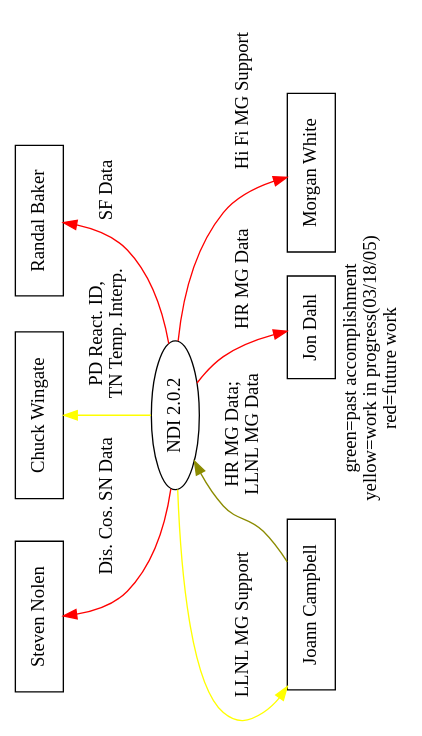
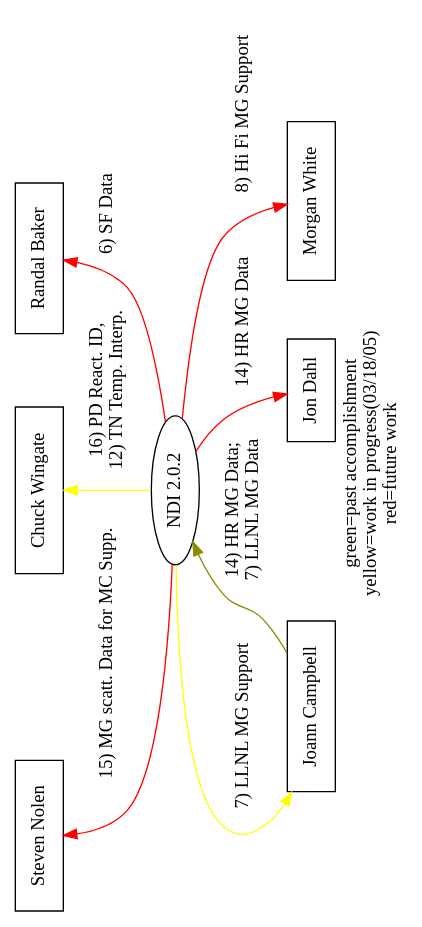
The diagram in doc/reqt/context_2.0.2.dot (lanl/ndi), drawn with Graphviz before and after one commit. The commit also changed 5 other files, not shown here.

```diff
--- a/doc/reqt/context_2.0.2.dot
+++ b/doc/reqt/context_2.0.2.dot
@@ -1,27 +1,27 @@
 digraph ndi {
 	orientation=landscape;
 	label="green=past accomplishment\nyellow=work in progress(03/18/05)\nred=future work";
 	node[shape="box"];
 
 	/* stakeholders */
 	drnuke[label="Steven Nolen"];
 	caw[label="Chuck Wingate"];
 	rsb[label="Randal Baker"];
 	dahl[label="Jon Dahl"];
 	morgan[label="Morgan White"];
 	jomc[label="Joann Campbell"];
 
 	/* project */
 	ndi[label="NDI 2.0.2", shape="ellipse"];
 	
-	jomc -> ndi[label="HR MG Data;\nLLNL MG Data", color=yellow4];
-	ndi -> jomc[label="LLNL MG Support", color=yellow1];
-	ndi -> morgan[label="Hi Fi MG Support", color=red];
-	ndi -> caw[label="PD React. ID,\nTN Temp. Interp.", color=yellow1];
-	ndi -> rsb[label="SF Data", color=red];
-	ndi -> drnuke[label="Dis. Cos. SN Data", color=red];
-	ndi -> dahl[label="HR MG Data", color=red];
+	jomc -> ndi[label="14) HR MG Data;\n7) LLNL MG Data", color=yellow4];
+	ndi -> jomc[label="7) LLNL MG Support", color=yellow1];
+	ndi -> morgan[label="8) Hi Fi MG Support", color=red];
+	ndi -> caw[label="16) PD React. ID,\n12) TN Temp. Interp.", color=yellow1];
+	ndi -> rsb[label="6) SF Data", color=red];
+	ndi -> drnuke[label="15) MG scatt. Data for MC Supp.", color=red];
+	ndi -> dahl[label="14) HR MG Data", color=red];
 	
 	{rank = max; jomc; morgan; dahl}
 	{rank = min; caw; drnuke; rsb}
 }
```
